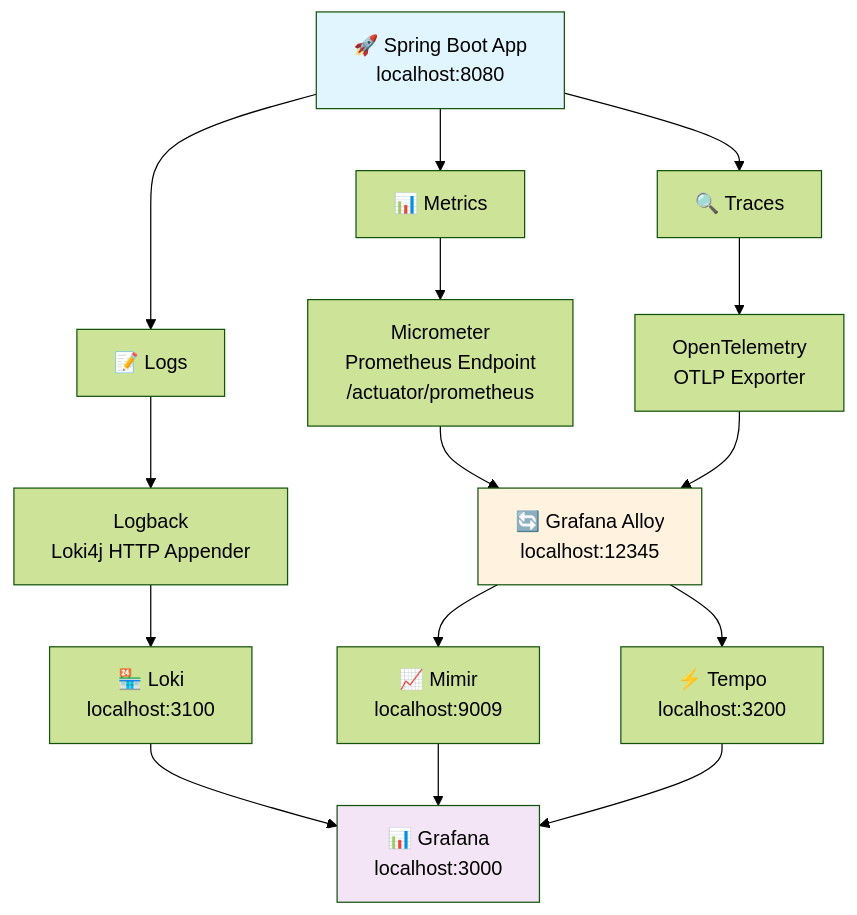
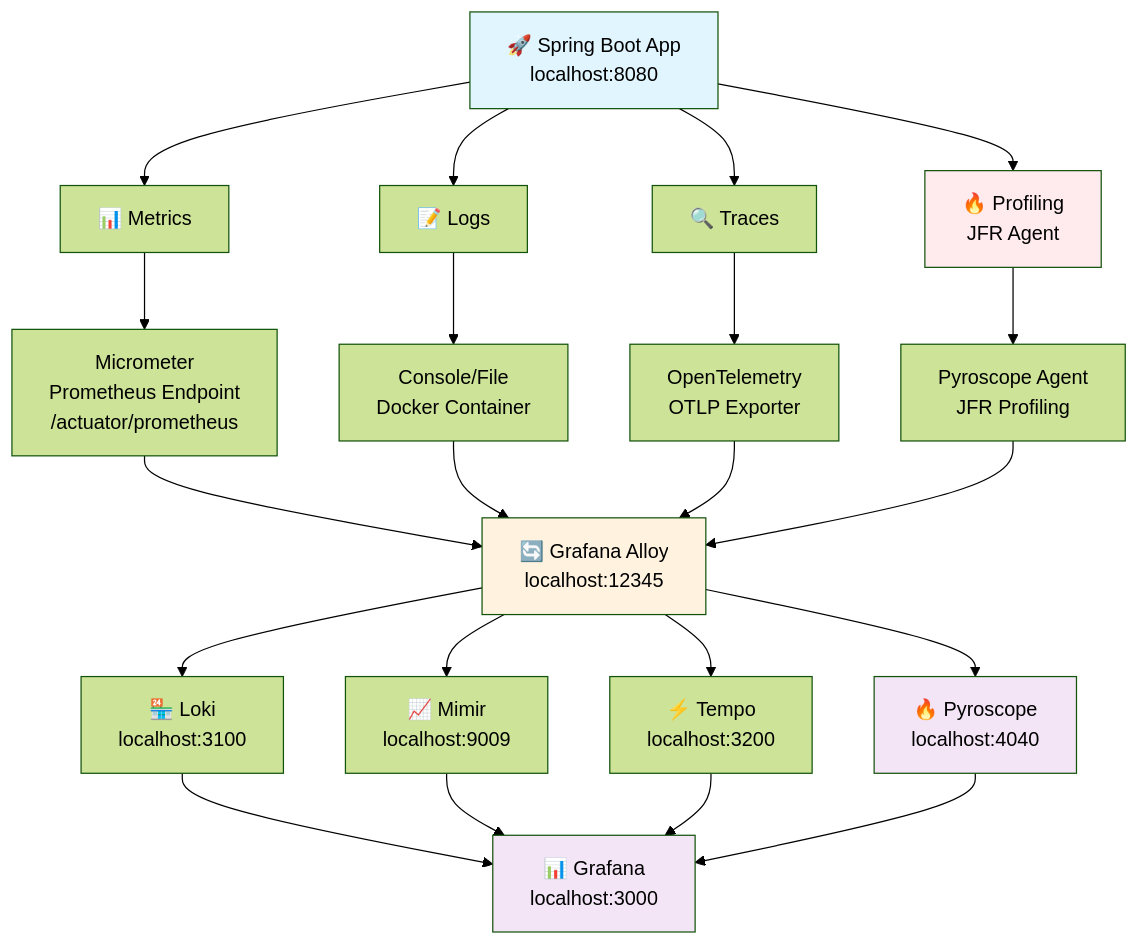
One commit to ali-v-1985/observability-example changed the first of 2 diagrams in docs/observability-architecture.md. Above: the diagram before and after it, drawn with Mermaid (forest theme). The commit also changed other lines of this file and 21 other files, not shown here.

First line of the commit message:
Update observability architecture and documentation

````diff
--- a/docs/observability-architecture.md
+++ b/docs/observability-architecture.md
@@ -7,25 +7,34 @@
 ```mermaid
 graph TD
     A["🚀 Spring Boot App<br/>localhost:8080"] --> B["📊 Metrics"]
     A --> C["📝 Logs"] 
     A --> D["🔍 Traces"]
+    A --> P["🔥 Profiling<br/>JFR Agent"]
     
     B --> E["Micrometer<br/>Prometheus Endpoint<br/>/actuator/prometheus"]
-    C --> F["Logback<br/>Loki4j HTTP Appender"]
+    C --> F["Console/File<br/>Docker Container"]
     D --> G["OpenTelemetry<br/>OTLP Exporter"]
+    P --> H["Pyroscope Agent<br/>JFR Profiling"]
     
-    E --> H["🔄 Grafana Alloy<br/>localhost:12345"]
-    F --> I["🏪 Loki<br/>localhost:3100"]
-    G --> H
+    E --> I["🔄 Grafana Alloy<br/>localhost:12345"]
+    F --> I
+    G --> I
+    H --> I
     
-    H --> J["📈 Mimir<br/>localhost:9009"]
-    H --> K["⚡ Tempo<br/>localhost:3200"]
+    I --> J["🏪 Loki<br/>localhost:3100"]
     
-    I --> L["📊 Grafana<br/>localhost:3000"]
-    J --> L
-    K --> L
+    I --> K["📈 Mimir<br/>localhost:9009"]
+    I --> L["⚡ Tempo<br/>localhost:3200"]
+    I --> M["🔥 Pyroscope<br/>localhost:4040"]
+    
+    J --> N["📊 Grafana<br/>localhost:3000"]
+    K --> N
+    L --> N
+    M --> N
     
     style A fill:#e1f5fe
-    style L fill:#f3e5f5
-    style H fill:#fff3e0
+    style N fill:#f3e5f5
+    style I fill:#fff3e0
+    style P fill:#ffebee
+    style M fill:#f3e5f5
 ```
````
